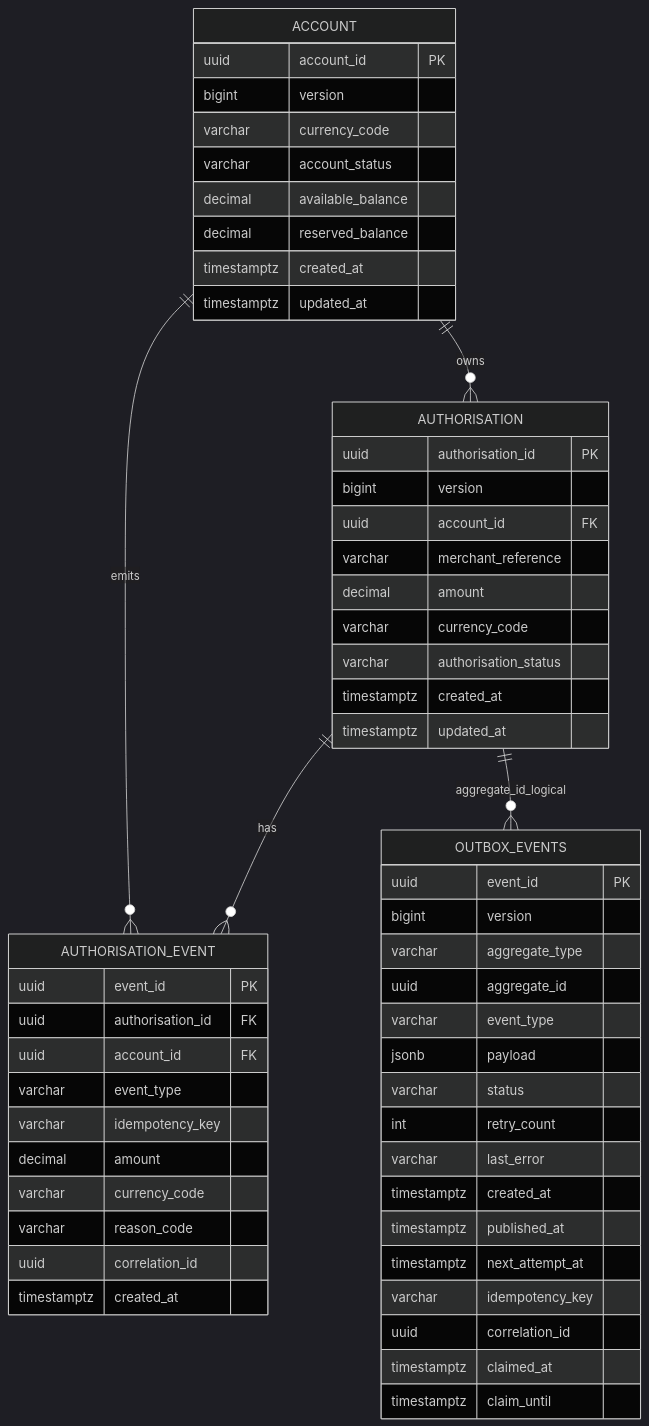
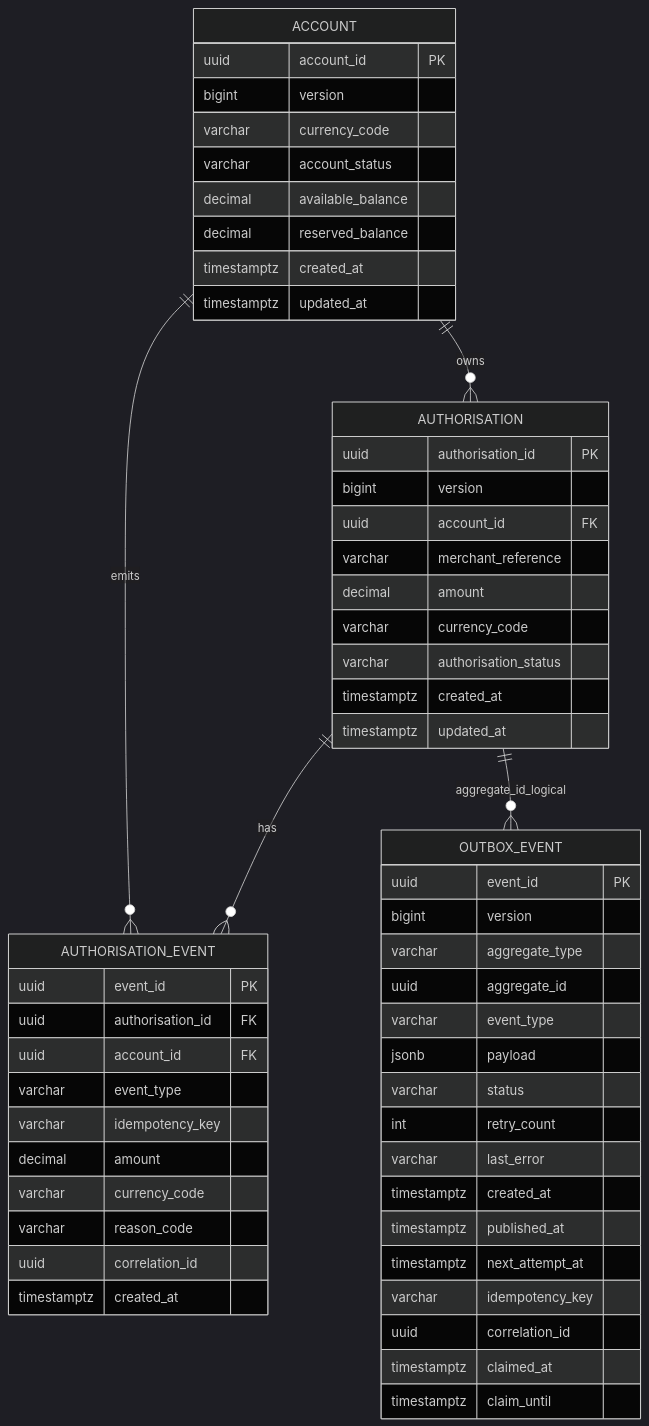
The diagram in docs/data/auth-er-diagram.mmd (ShirongQuan/payment-platform), drawn with Mermaid (dark theme) before and after one commit. The commit also changed 24 other files, not shown here.

```diff
--- a/docs/data/auth-er-diagram.mmd
+++ b/docs/data/auth-er-diagram.mmd
@@ -1,60 +1,60 @@
 erDiagram
-	ACCOUNT {
-		uuid account_id PK
-		bigint version
-		varchar currency_code
-		varchar account_status
-		decimal available_balance
-		decimal reserved_balance
-		timestamptz created_at
-		timestamptz updated_at
-	}
+    ACCOUNT {
+        uuid account_id PK
+        bigint version
+        varchar currency_code
+        varchar account_status
+        decimal available_balance
+        decimal reserved_balance
+        timestamptz created_at
+        timestamptz updated_at
+    }
 
-	AUTHORISATION {
-		uuid authorisation_id PK
-		bigint version
-		uuid account_id FK
-		varchar merchant_reference
-		decimal amount
-		varchar currency_code
-		varchar authorisation_status
-		timestamptz created_at
-		timestamptz updated_at
-	}
+    AUTHORISATION {
+        uuid authorisation_id PK
+        bigint version
+        uuid account_id FK
+        varchar merchant_reference
+        decimal amount
+        varchar currency_code
+        varchar authorisation_status
+        timestamptz created_at
+        timestamptz updated_at
+    }
 
-	AUTHORISATION_EVENT {
-		uuid event_id PK
-		uuid authorisation_id FK
-		uuid account_id FK
-		varchar event_type
-		varchar idempotency_key
-		decimal amount
-		varchar currency_code
-		varchar reason_code
-		uuid correlation_id
-		timestamptz created_at
-	}
+    AUTHORISATION_EVENT {
+        uuid event_id PK
+        uuid authorisation_id FK
+        uuid account_id FK
+        varchar event_type
+        varchar idempotency_key
+        decimal amount
+        varchar currency_code
+        varchar reason_code
+        uuid correlation_id
+        timestamptz created_at
+    }
 
-	OUTBOX_EVENTS {
-		uuid event_id PK
-		bigint version
-		varchar aggregate_type
-		uuid aggregate_id
-		varchar event_type
-		jsonb payload
-		varchar status
-		int retry_count
-		varchar last_error
-		timestamptz created_at
-		timestamptz published_at
-		timestamptz next_attempt_at
-		varchar idempotency_key
-		uuid correlation_id
-		timestamptz claimed_at
-		timestamptz claim_until
-	}
+    OUTBOX_EVENT {
+        uuid event_id PK
+        bigint version
+        varchar aggregate_type
+        uuid aggregate_id
+        varchar event_type
+        jsonb payload
+        varchar status
+        int retry_count
+        varchar last_error
+        timestamptz created_at
+        timestamptz published_at
+        timestamptz next_attempt_at
+        varchar idempotency_key
+        uuid correlation_id
+        timestamptz claimed_at
+        timestamptz claim_until
+    }
 
-	ACCOUNT ||--o{ AUTHORISATION : owns
-	ACCOUNT ||--o{ AUTHORISATION_EVENT : emits
-	AUTHORISATION ||--o{ AUTHORISATION_EVENT : has
-	AUTHORISATION ||--o{ OUTBOX_EVENTS : aggregate_id_logical
+    ACCOUNT ||--o{ AUTHORISATION: owns
+    ACCOUNT ||--o{ AUTHORISATION_EVENT: emits
+    AUTHORISATION ||--o{ AUTHORISATION_EVENT: has
+    AUTHORISATION ||--o{ OUTBOX_EVENT: aggregate_id_logical
```
